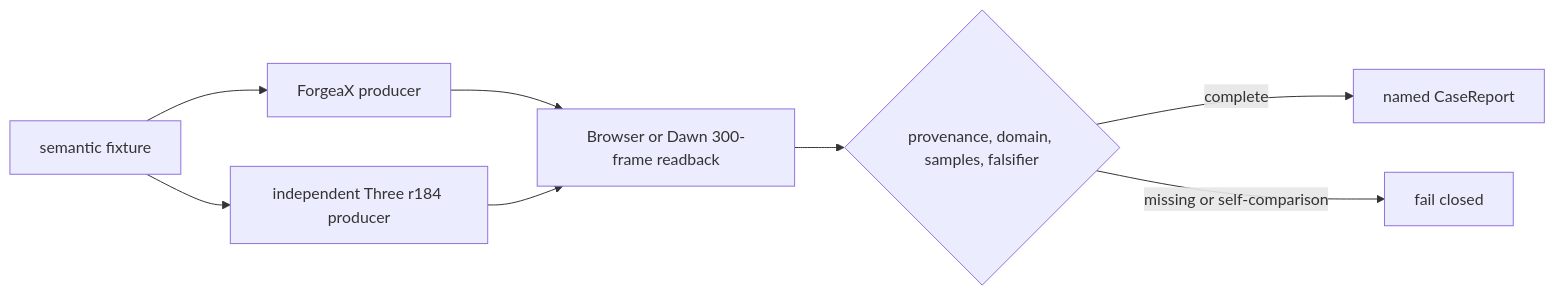
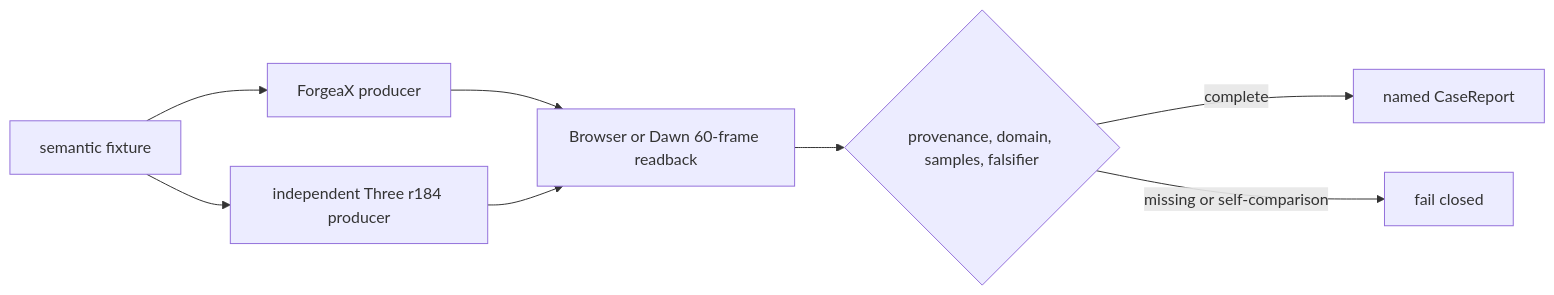
One commit to ForgeaX-Games/forgeax-editor changed the second of 2 diagrams in packages/engine/apps/parity/color-lighting/README.md. Above: the diagram before and after it, drawn with Mermaid. The commit also changed other lines of this file and 7023 other files, not shown here.

````diff
--- a/packages/engine/apps/parity/color-lighting/README.md
+++ b/packages/engine/apps/parity/color-lighting/README.md
@@ -119,10 +223,10 @@
 ```mermaid
 flowchart LR
     F["semantic fixture"] --> A["ForgeaX producer"]
     F --> B["independent Three r184 producer"]
-    A --> C["Browser or Dawn 300-frame readback"]
+    A --> C["Browser or Dawn 60-frame readback"]
     B --> C
     C --> D{"provenance, domain, samples, falsifier"}
     D -->|"complete"| E["named CaseReport"]
     D -->|"missing or self-comparison"| X["fail closed"]
 ```
````
